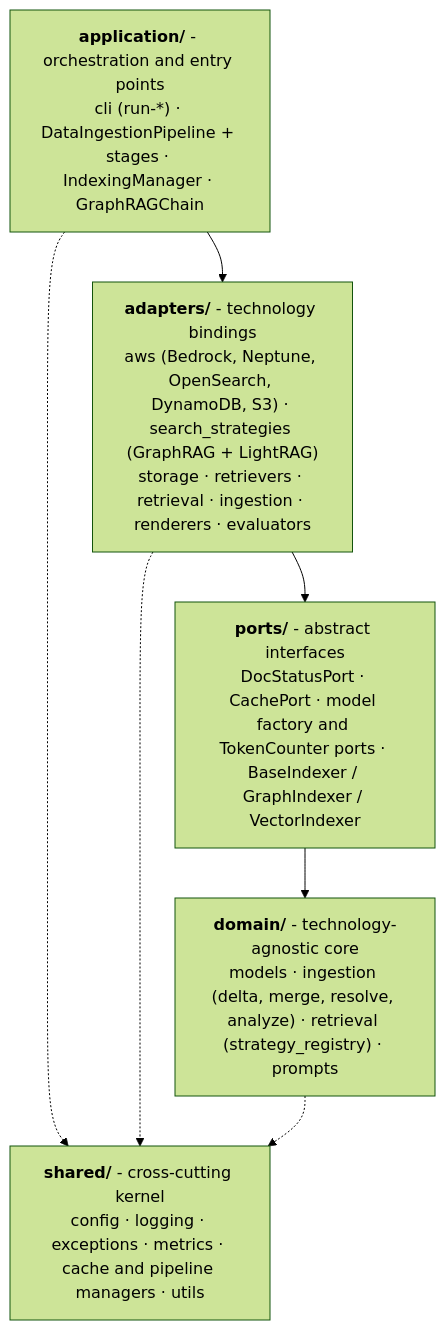
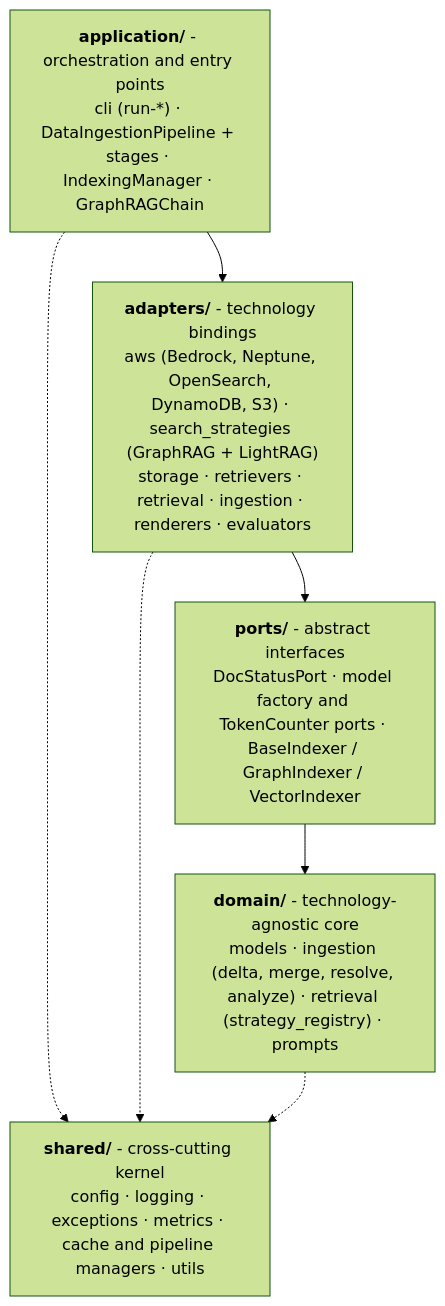
The first of 3 diagrams in docs/design.ko.md (awslabs/unified-kg-rag-on-aws), drawn with Mermaid (forest theme) before and after one commit. The commit also changed other lines of this file and 157 other files, not shown here.

````diff
--- a/docs/design.ko.md
+++ b/docs/design.ko.md
@@ -47,12 +47,12 @@
 ```mermaid
 flowchart TB
     application["<b>application/</b> - orchestration and entry points<br/>cli (run-*) · DataIngestionPipeline + stages · IndexingManager · GraphRAGChain"]
     adapters["<b>adapters/</b> - technology bindings<br/>aws (Bedrock, Neptune, OpenSearch, DynamoDB, S3) · search_strategies (GraphRAG + LightRAG)<br/>storage · retrievers · retrieval · ingestion · renderers · evaluators"]
-    ports["<b>ports/</b> - abstract interfaces<br/>DocStatusPort · CachePort · model factory and TokenCounter ports · BaseIndexer / GraphIndexer / VectorIndexer"]
+    ports["<b>ports/</b> - abstract interfaces<br/>DocStatusPort · model factory and TokenCounter ports · BaseIndexer / GraphIndexer / VectorIndexer"]
     domain["<b>domain/</b> - technology-agnostic core<br/>models · ingestion (delta, merge, resolve, analyze) · retrieval (strategy_registry) · prompts"]
     shared["<b>shared/</b> - cross-cutting kernel<br/>config · logging · exceptions · metrics · cache and pipeline managers · utils"]
     application --> adapters --> ports --> domain
     application -.-> shared
     adapters -.-> shared
     domain -.-> shared
 ```
````
